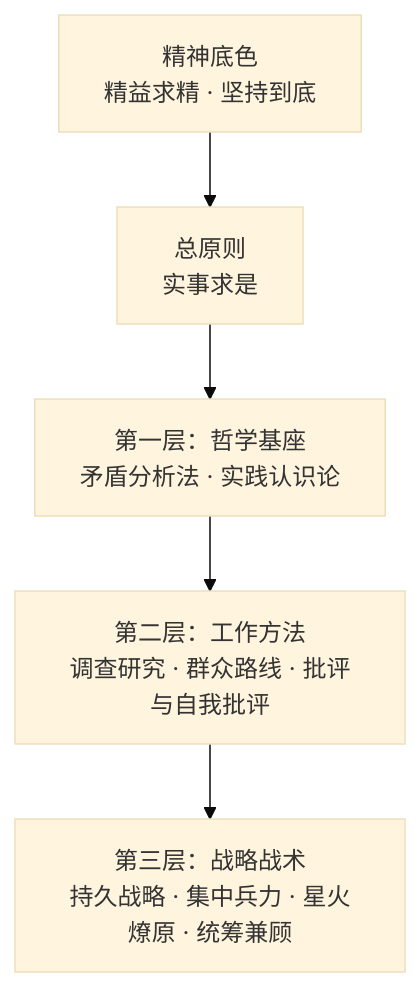
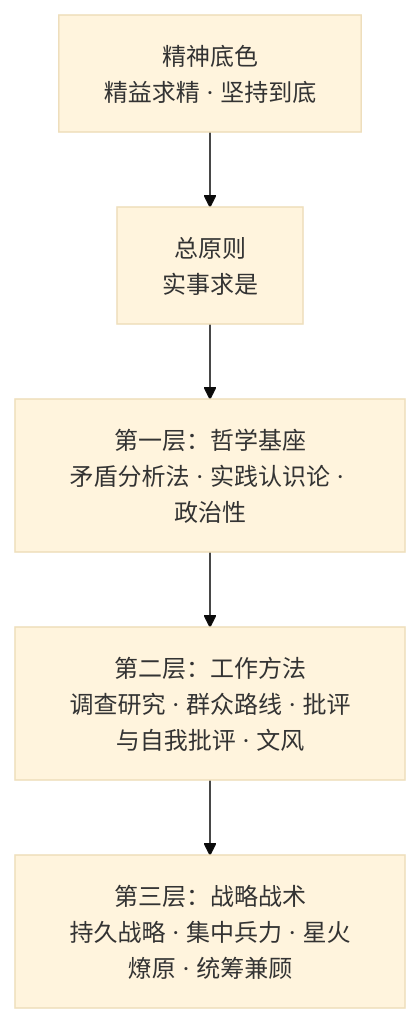
Before and after one commit to HughYau/qiushi-skill: the diagram in README.md, drawn with Mermaid (base theme). The commit also changed other lines of this file and 25 other files, not shown here.

````diff
--- a/README.md
+++ b/README.md
@@ -42,10 +41,10 @@
 ```mermaid
 graph TD
     A[精神底色<br/>精益求精 · 坚持到底]
     B[总原则<br/>实事求是]
-    C[第一层：哲学基座<br/>矛盾分析法 · 实践认识论]
-    D[第二层：工作方法<br/>调查研究 · 群众路线 · 批评与自我批评]
+    C[第一层：哲学基座<br/>矛盾分析法 · 实践认识论 · 政治性]
+    D[第二层：工作方法<br/>调查研究 · 群众路线 · 批评与自我批评 · 文风]
     E[第三层：战略战术<br/>持久战略 · 集中兵力 · 星火燎原 · 统筹兼顾]
 
     A --> B --> C --> D --> E
 ```
````
